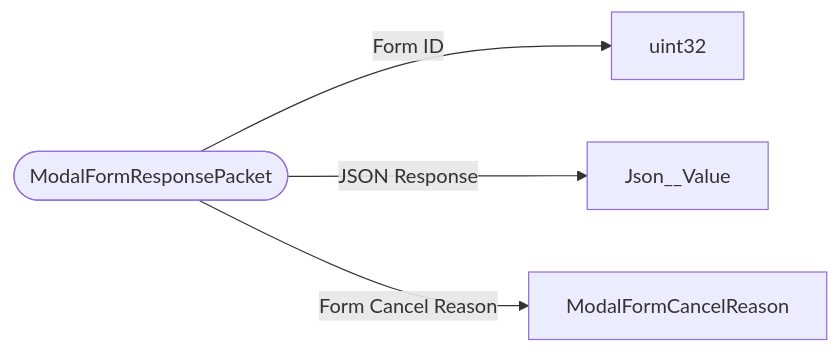
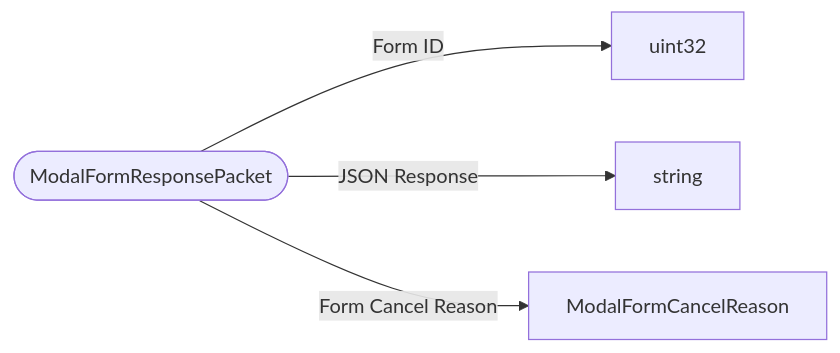
The diagram in schemas/packets/ModalFormResponsePacket.md (bedrock-v/protocol-docs), drawn with Mermaid before and after one commit. The commit also changed 77 other files, not shown here.

````diff
--- a/schemas/packets/ModalFormResponsePacket.md
+++ b/schemas/packets/ModalFormResponsePacket.md
@@ -7,7 +7,7 @@
 ```mermaid
 flowchart LR
   ROOT(["ModalFormResponsePacket"])
   ROOT -->|"Form ID"| uint32["uint32"]
-  ROOT -->|"JSON Response"| Json__Value["Json__Value"]
+  ROOT -->|"JSON Response"| string["string"]
   ROOT -->|"Form Cancel Reason"| ModalFormCancelReason["ModalFormCancelReason"]
 ```
````
